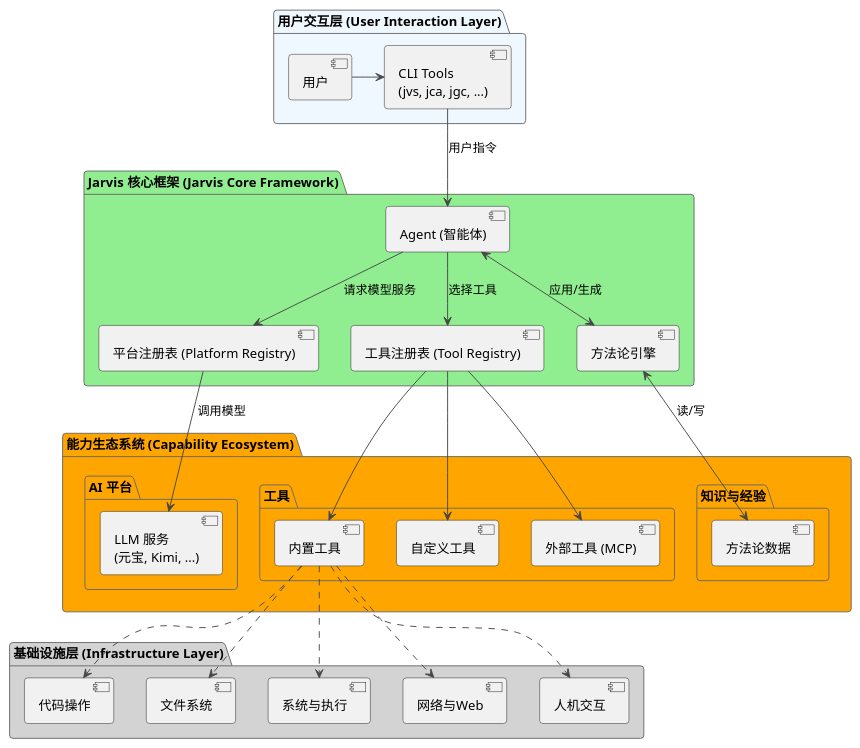
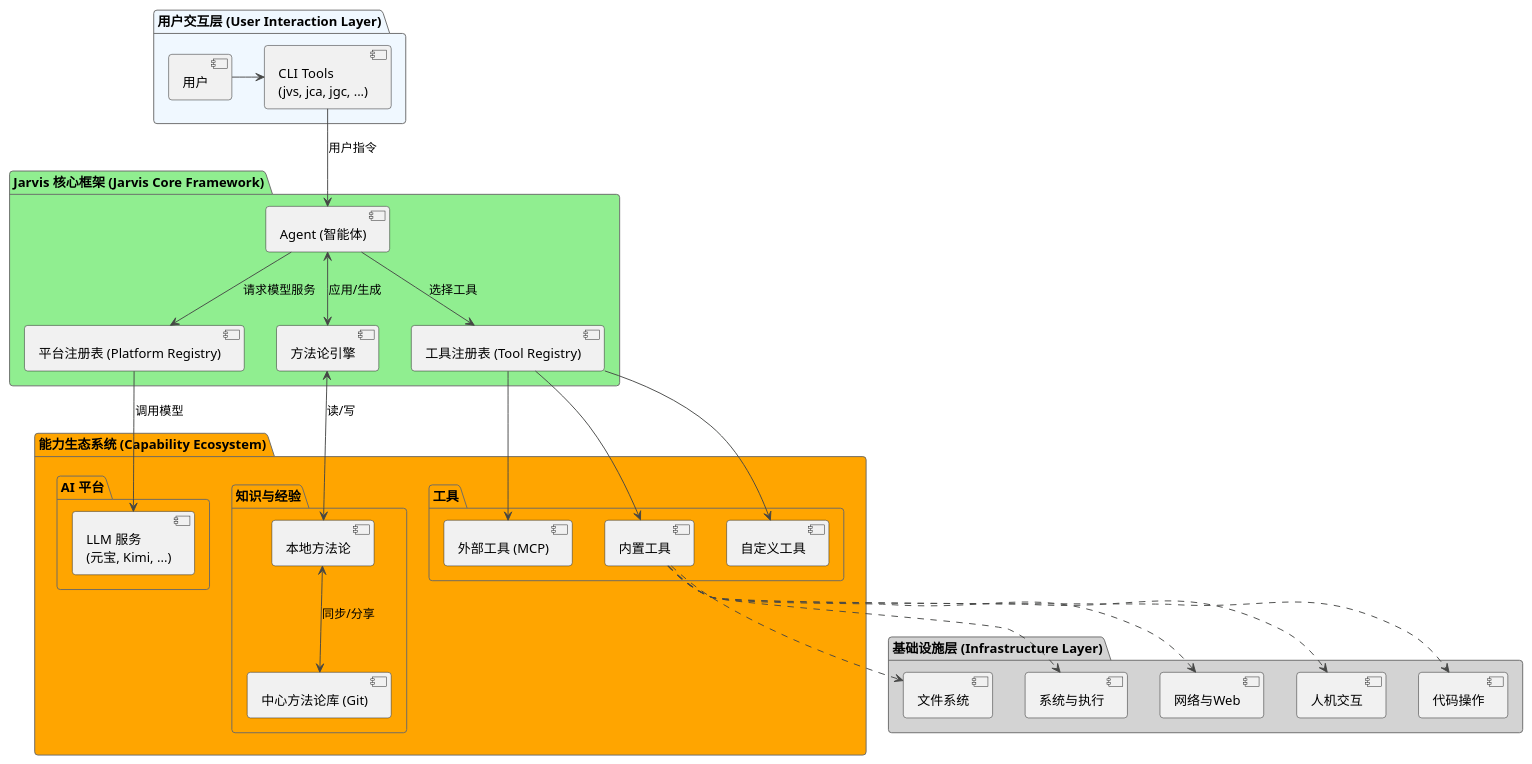
The first of 2 diagrams in docs/jarvis_book/1.项目介绍.md (skyfireitdiy/Jarvis), drawn with PlantUML before and after one commit. The commit also changed other lines of this file and 2 other files, not shown here.

Commit message:
feat(methodology): 引入中心方法论库以实现团队知识共享
本次更新引入了基于 Git 的中心方法论库，旨在促进团队内的知识沉淀与共享。

- 新增中心方法论库功能，允许用户配置远程 Git 仓库作为团队知识库，Jarvis 会自动同步其中的方法论，使团队成员能共享和复用最佳实践。
- 新增 `jarvis --share-methodology` 命令，方便用户将本地的优质方法论贡献到中心库。
- 重构了方法论的注入机制，以提升效率并降低成本。系统现在会先让大模型从标题列表中筛选相关方法论，再将完整内容注入上下文，取代了以往全量加载的低效模式。

````diff
--- a/docs/jarvis_book/1.项目介绍.md
+++ b/docs/jarvis_book/1.项目介绍.md
@@ -60,61 +62,63 @@
 ```plantuml
 @startuml
 !theme vibrant
 
 ' --- Component Definitions ---
 package "用户交互层 (User Interaction Layer)" #AliceBlue {
   [用户] as User
   [CLI Tools\n(jvs, jca, jgc, ...)] as CLI
 }
 
 package "Jarvis 核心框架 (Jarvis Core Framework)" #LightGreen {
   [Agent (智能体)] as Agent
   [平台注册表 (Platform Registry)] as PlatformRegistry
   [工具注册表 (Tool Registry)] as ToolRegistry
   [方法论引擎] as MethodologyEngine
 }
 
 package "能力生态系统 (Capability Ecosystem)" #Orange {
   package "AI 平台" as AIPackage {
     [LLM 服务\n(元宝, Kimi, ...)] as LLM
   }
   package "工具" as ToolPackage {
     [内置工具] as BuiltinTools
     [自定义工具] as CustomTools
     [外部工具 (MCP)] as MCPTools
   }
   package "知识与经验" as KnowledgePackage {
-    [方法论数据] as MethodologyData
+    [本地方法论] as LocalMethodology
+    [中心方法论库 (Git)] as CentralMethodology
   }
 }
 
 package "基础设施层 (Infrastructure Layer)" #LightGrey {
   [代码操作] as CodeOps
   [文件系统] as FileSystem
   [系统与执行] as SysExecution
   [网络与Web] as WebAccess
   [人机交互] as HumanInteraction
 }
 
 ' --- Relationship Definitions ---
 User -right-> CLI
 CLI -down-> Agent : "用户指令"
 Agent --> PlatformRegistry : "请求模型服务"
 PlatformRegistry --> LLM : "调用模型"
 Agent --> ToolRegistry : "选择工具"
 Agent <--> MethodologyEngine : "应用/生成"
-MethodologyEngine <--> MethodologyData : "读/写"
+MethodologyEngine <--> LocalMethodology : "读/写"
+LocalMethodology <--> CentralMethodology : "同步/分享"
 
 ToolRegistry --> BuiltinTools
 ToolRegistry --> CustomTools
 ToolRegistry --> MCPTools
 
 BuiltinTools ..> CodeOps
 BuiltinTools ..> FileSystem
 BuiltinTools ..> SysExecution
 BuiltinTools ..> WebAccess
 BuiltinTools ..> HumanInteraction
 
 
 @enduml
 ```
````
